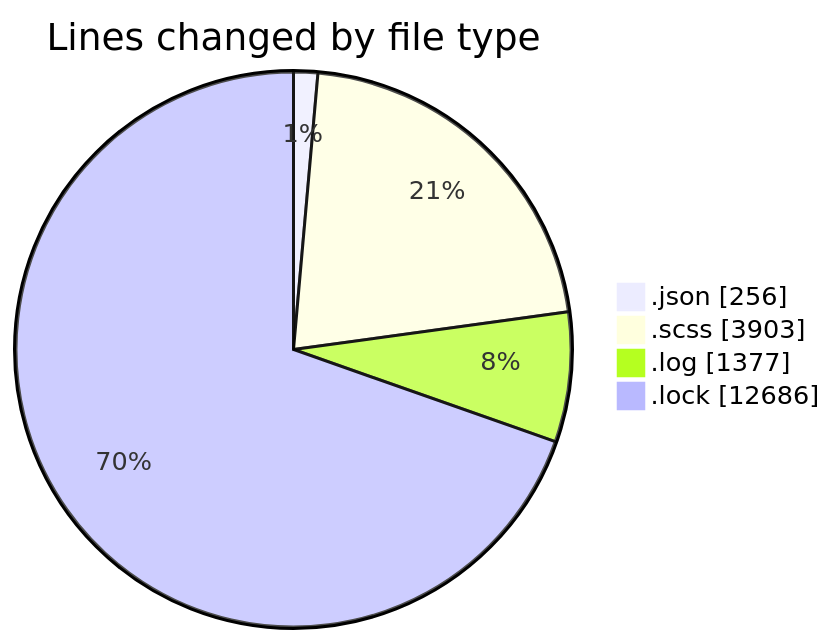
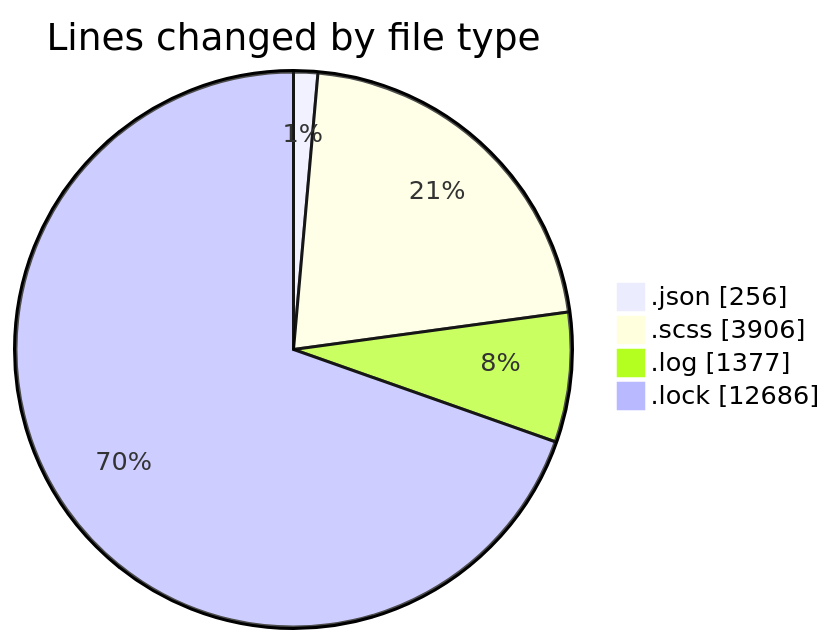
Before and after one commit to momahboobian/code-tracking: the first of 2 diagrams in 2026-01-22/cda/README.md, drawn with Mermaid. The commit also changed other lines of this file and 1 other file, not shown here.

````diff
--- a/2026-01-22/cda/README.md
+++ b/2026-01-22/cda/README.md
@@ -53,8 +53,8 @@
 ```mermaid
 pie showData
 title Lines changed by file type
 ".json" : 256
-".scss" : 3903
+".scss" : 3906
 ".log" : 1377
 ".lock" : 12686
 ```
````
